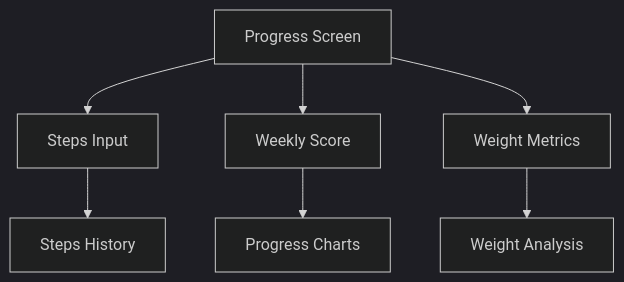
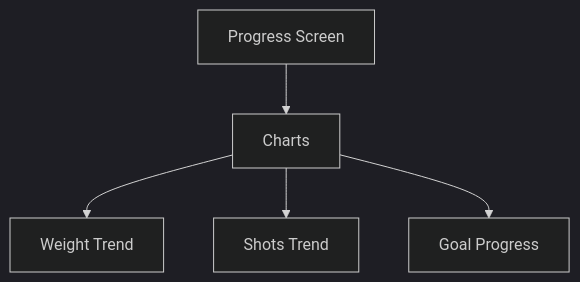
One commit to RSimmons2021/vivystart6 changed the fifth of 5 diagrams in project guideline docs/app_flow_document.mdc. Above: the diagram before and after it, drawn with Mermaid (dark theme). The commit also changed other lines of this file and 6 other files, not shown here.

````diff
--- a/project guideline docs/app_flow_document.mdc
+++ b/project guideline docs/app_flow_document.mdc
@@ -67,9 +76,7 @@
 ```mermaid
 graph TD
-    A[Progress Screen] --> B[Steps Input]
-    A --> C[Weekly Score]
-    A --> D[Weight Metrics]
-    B --> E[Steps History]
-    C --> F[Progress Charts]
-    D --> G[Weight Analysis]
+    A[Progress Screen] --> B[Charts]
+    B --> C[Weight Trend]
+    B --> D[Shots Trend]
+    B --> E[Goal Progress]
 ```
````
